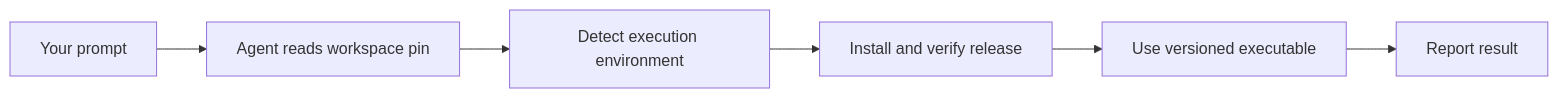
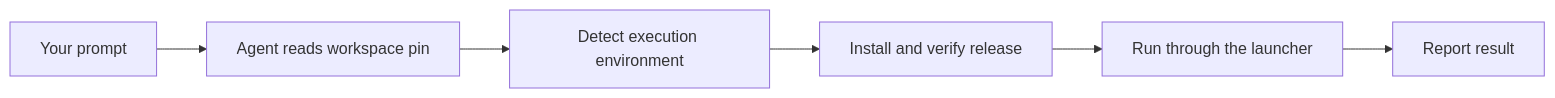
The diagram in content/docs/get-started/install-cli.mdx (kaotypr/context-circuit-website), drawn with Mermaid before and after one commit. The commit also changed other lines of this file and 28 other files, not shown here.

````diff
--- a/content/docs/get-started/install-cli.mdx
+++ b/content/docs/get-started/install-cli.mdx
@@ -34,8 +34,8 @@
 ```mermaid
 flowchart LR
   P[Your prompt] --> A[Agent reads workspace pin]
   A --> E[Detect execution environment]
   E --> I[Install and verify release]
-  I --> V[Use versioned executable]
+  I --> V[Run through the launcher]
   V --> R[Report result]
 ```
````
